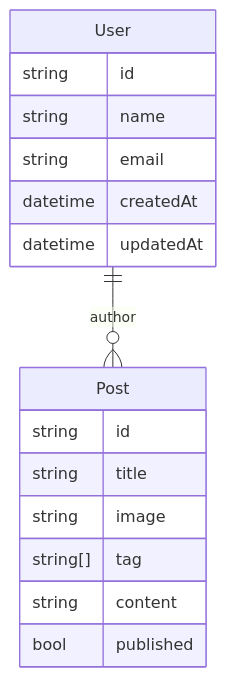
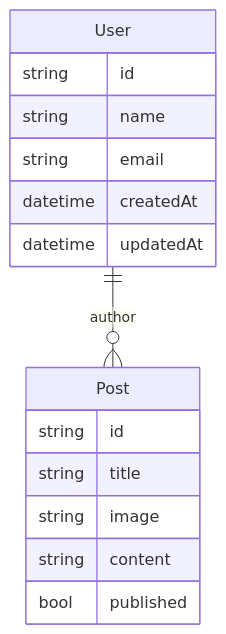
One commit to Alex-dev7/GA-CAPSTONE-PROJECT changed the second of 2 diagrams in README.md. Above: the diagram before and after it, drawn with Mermaid. The commit also changed other lines of this file, not shown here.

````diff
--- a/README.md
+++ b/README.md
@@ -69,19 +66,19 @@
 ``` mermaid
 erDiagram
     User {
         string id
         string name
         string email
         datetime createdAt
         datetime updatedAt
     }
     Post {
         string id
         string title
         string image
-        string[] tag
+     
         string content
         bool published
     }
     User ||--o{ Post : author
 ```
````
